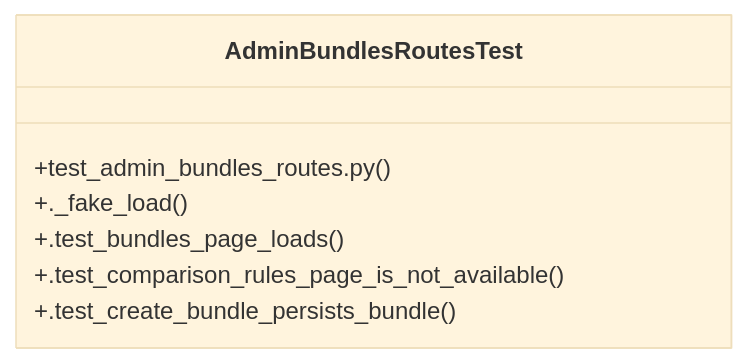
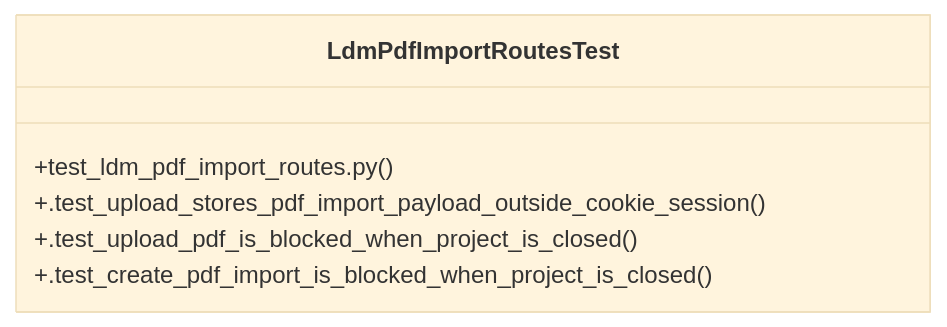
One commit to Daftrick/ProjectTracker changed the diagram in graphify-out/wiki/Community_35.md. Above: the diagram before and after it, drawn with Mermaid (base theme). The commit also changed other lines of this file and 414 other files, not shown here.

First line of the commit message:
fix: fecha dd-mm-aa en PDF de LDM; refresca project_name en cotización al editar

````diff
--- a/graphify-out/wiki/Community_35.md
+++ b/graphify-out/wiki/Community_35.md
@@ -18,10 +16,9 @@
 ```mermaid
 classDiagram
-    class AdminBundlesRoutesTest {
-        +test_admin_bundles_routes.py()
-        +._fake_load()
-        +.test_bundles_page_loads()
-        +.test_comparison_rules_page_is_not_available()
-        +.test_create_bundle_persists_bundle()
+    class LdmPdfImportRoutesTest {
+        +test_ldm_pdf_import_routes.py()
+        +.test_upload_stores_pdf_import_payload_outside_cookie_session()
+        +.test_upload_pdf_is_blocked_when_project_is_closed()
+        +.test_create_pdf_import_is_blocked_when_project_is_closed()
     }
 ```
````
